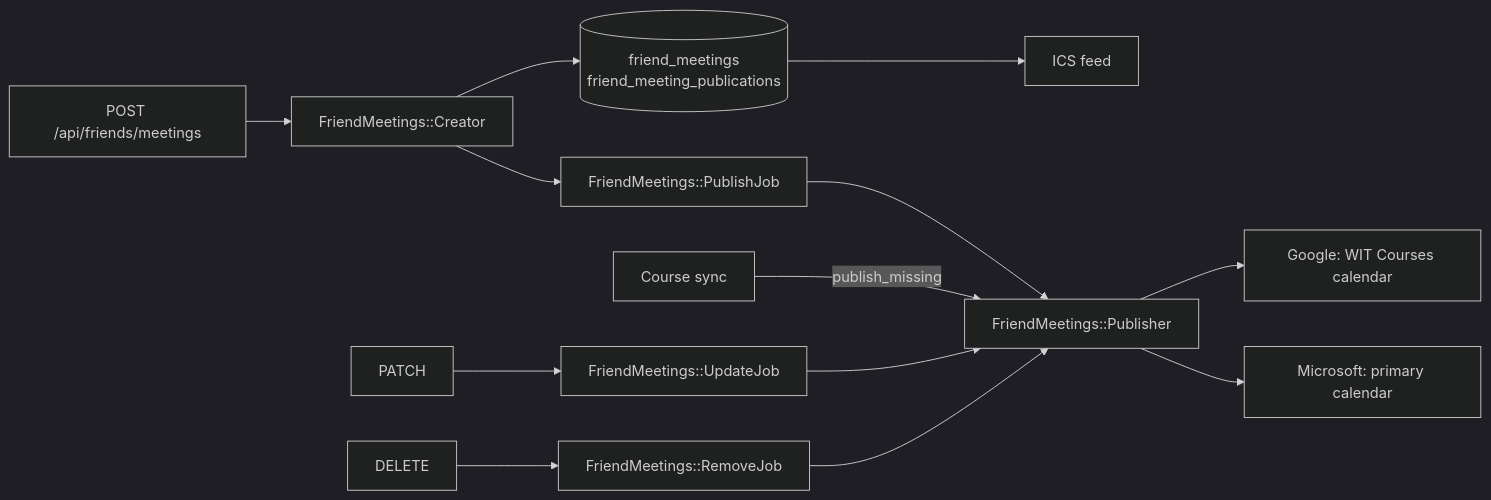
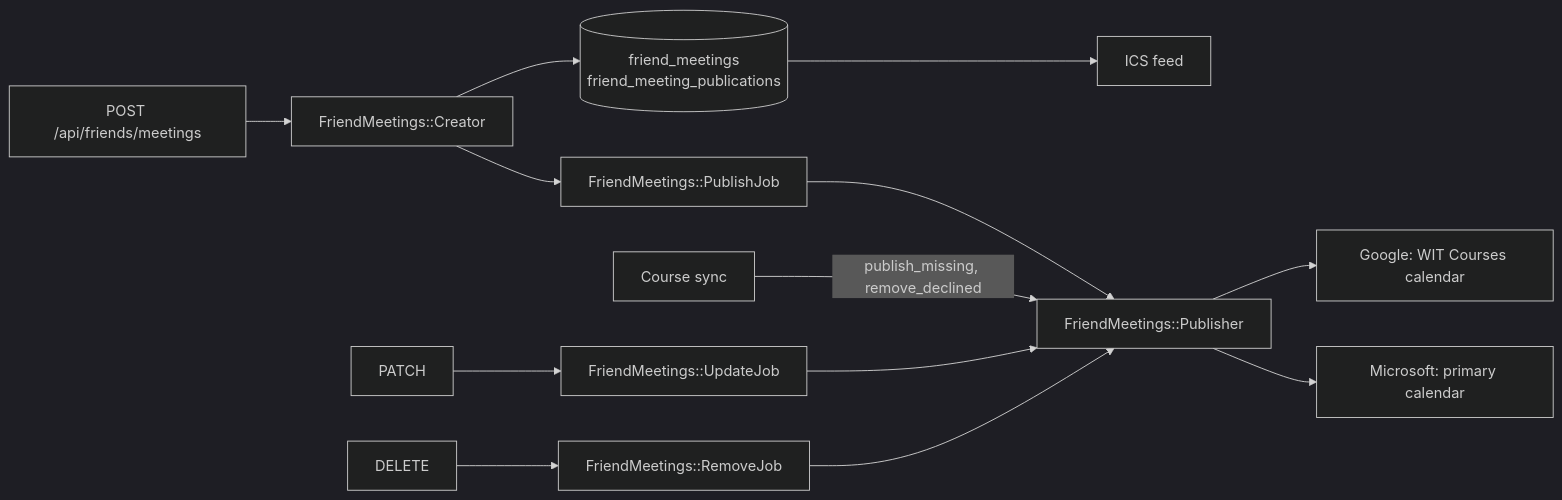
Before and after one commit to WITCodingClub/calendar-backend: the second of 2 diagrams in docs/friend-meetings.md, drawn with Mermaid (dark theme). The commit also changed other lines of this file and 10 other files, not shown here.

````diff
--- a/docs/friend-meetings.md
+++ b/docs/friend-meetings.md
@@ -174,13 +197,13 @@
 ```mermaid
 flowchart LR
   route["POST /api/friends/meetings"] --> creator[FriendMeetings::Creator]
   creator --> row[(friend_meetings<br/>friend_meeting_publications)]
   creator --> job[FriendMeetings::PublishJob]
   job --> publisher[FriendMeetings::Publisher]
   publisher --> google["Google: WIT Courses calendar"]
   publisher --> microsoft["Microsoft: primary calendar"]
   row --> ics["ICS feed"]
-  sync["Course sync"] -->|publish_missing| publisher
+  sync["Course sync"] -->|publish_missing, remove_declined| publisher
   patch["PATCH"] --> update[FriendMeetings::UpdateJob] --> publisher
   delete["DELETE"] --> remove[FriendMeetings::RemoveJob] --> publisher
 ```
````
